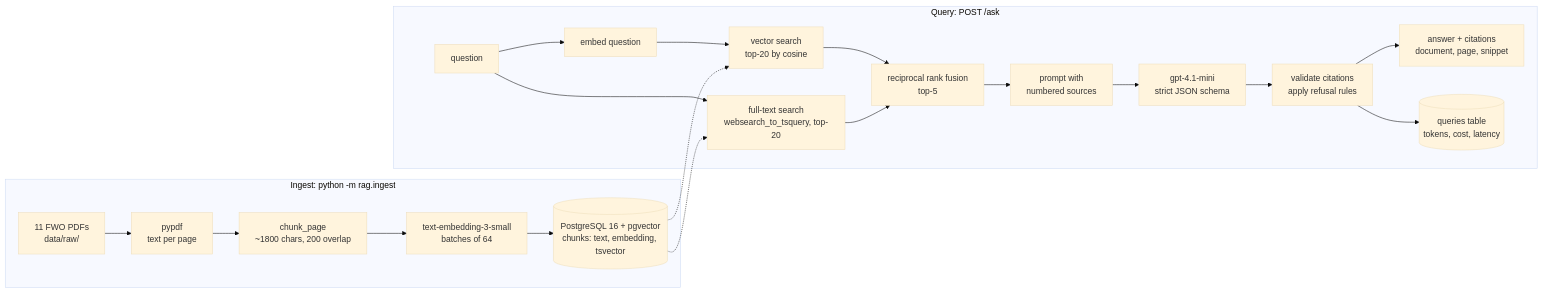
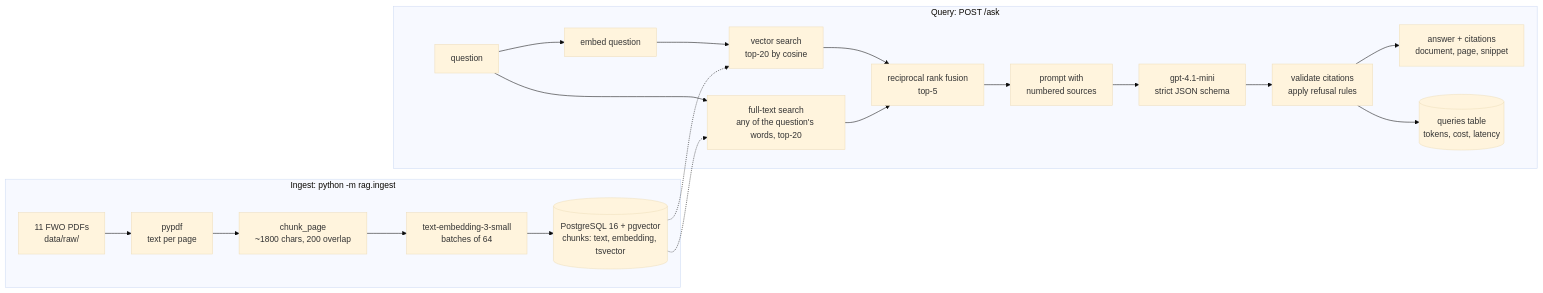
Before and after one commit to SamWang9803/au-workplace-assistant: the diagram in README.md, drawn with Mermaid (base theme). The commit also changed other lines of this file and 6 other files, not shown here.

````diff
--- a/README.md
+++ b/README.md
@@ -62,23 +104,23 @@
 ```mermaid
 flowchart LR
   subgraph Ingest["Ingest: python -m rag.ingest"]
     PDF["11 FWO PDFs<br/>data/raw/"] --> PP["pypdf<br/>text per page"]
     PP --> CH["chunk_page<br/>~1800 chars, 200 overlap"]
     CH --> EM1["text-embedding-3-small<br/>batches of 64"]
     EM1 --> DB[("PostgreSQL 16 + pgvector<br/>chunks: text, embedding, tsvector")]
   end
   subgraph Query["Query: POST /ask"]
     Q["question"] --> EM2["embed question"]
     EM2 --> VS["vector search<br/>top-20 by cosine"]
-    Q --> TS["full-text search<br/>websearch_to_tsquery, top-20"]
+    Q --> TS["full-text search<br/>any of the question's words, top-20"]
     VS --> RRF["reciprocal rank fusion<br/>top-5"]
     TS --> RRF
     RRF --> PR["prompt with<br/>numbered sources"]
     PR --> LLM["gpt-4.1-mini<br/>strict JSON schema"]
     LLM --> VAL["validate citations<br/>apply refusal rules"]
     VAL --> A["answer + citations<br/>document, page, snippet"]
     VAL --> LOG[("queries table<br/>tokens, cost, latency")]
   end
   DB -.-> VS
   DB -.-> TS
 ```
````
